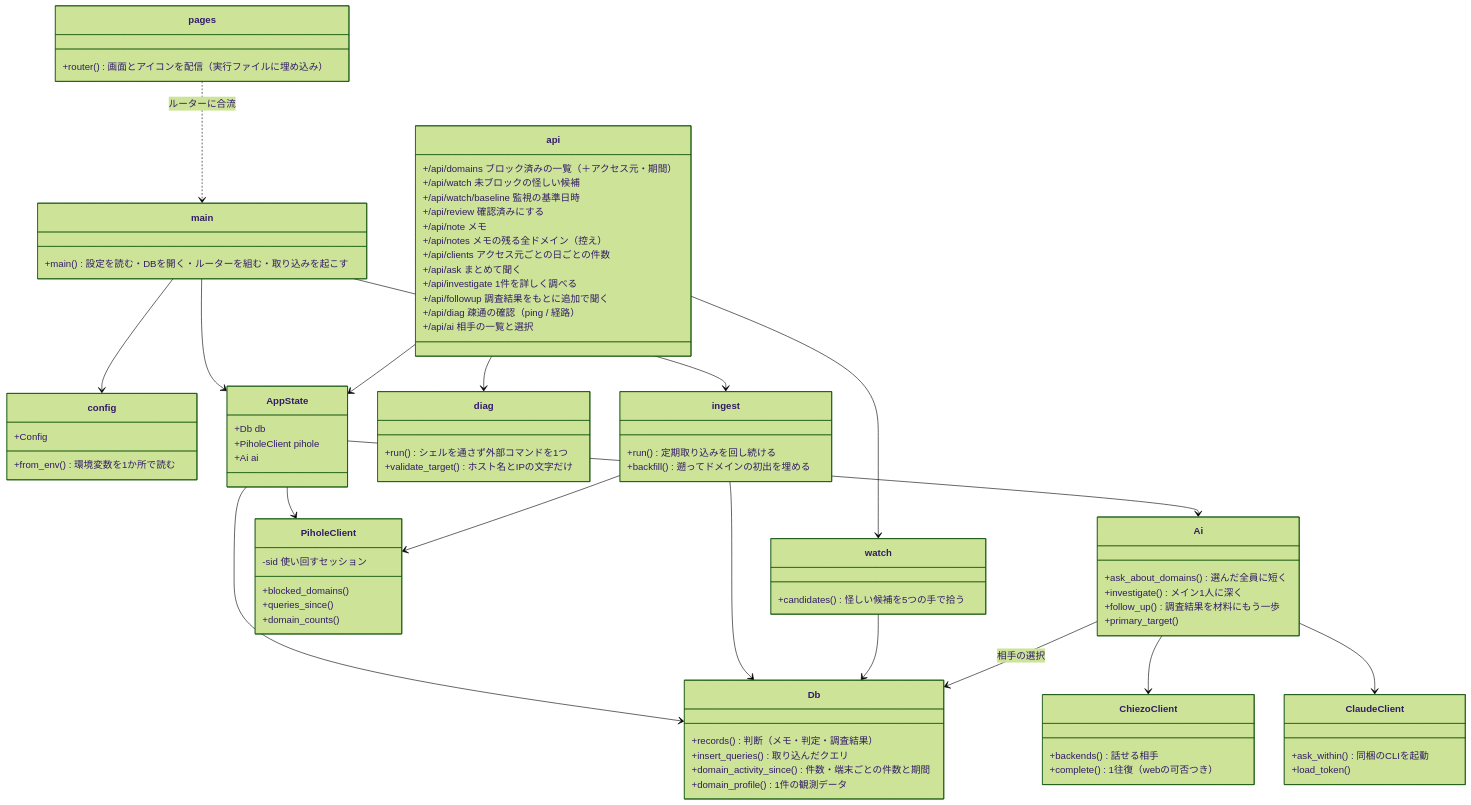
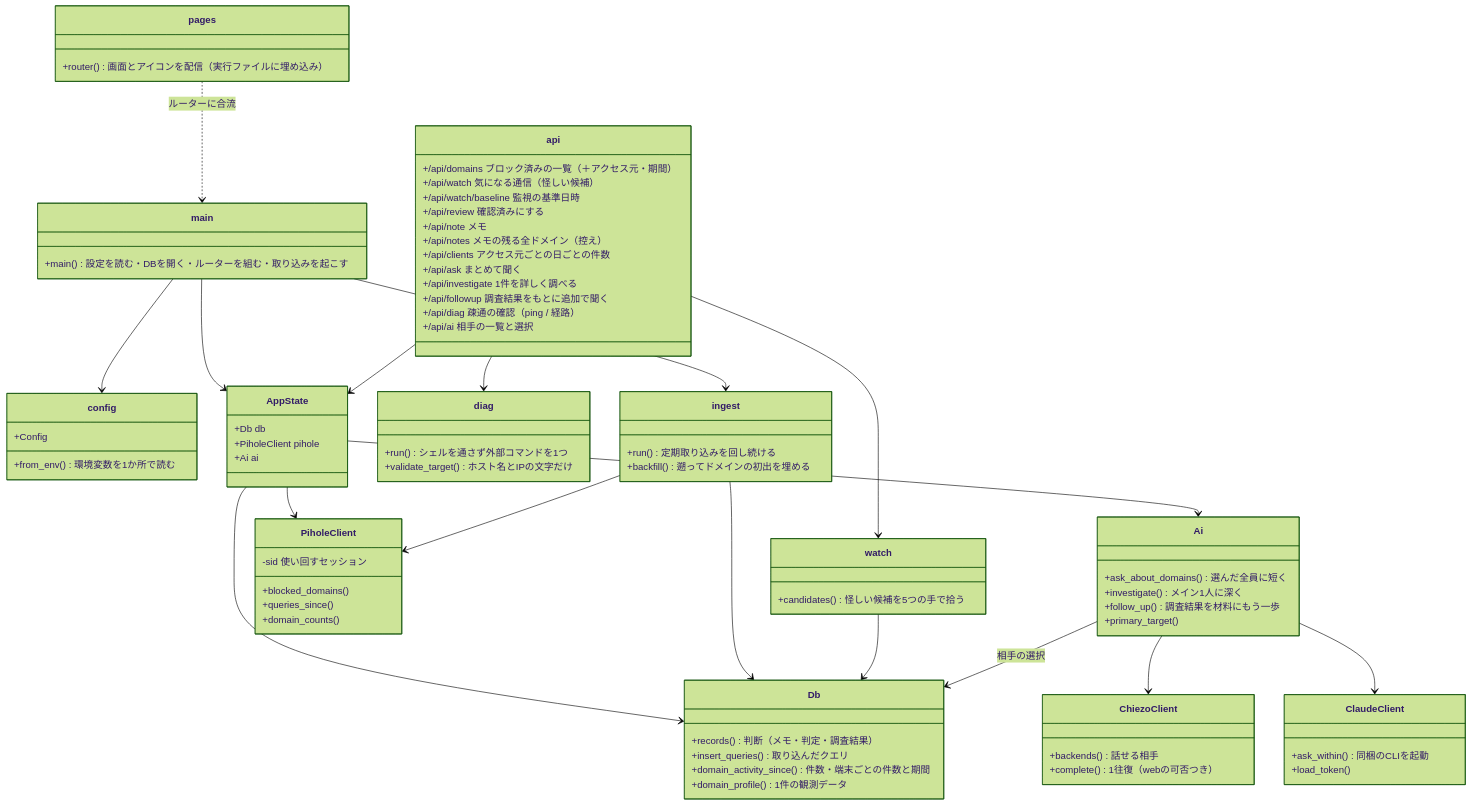
The first of 6 diagrams in docs/architecture.md (rtcode337/pihole-monitor), drawn with Mermaid (forest theme) before and after one commit. The commit also changed other lines of this file and 5 other files, not shown here.

```diff
--- a/docs/architecture.md
+++ b/docs/architecture.md
@@ -24,7 +24,7 @@
     }
     class api {
         +/api/domains ブロック済みの一覧（＋アクセス元・期間）
-        +/api/watch 未ブロックの怪しい候補
+        +/api/watch 気になる通信（怪しい候補）
         +/api/watch/baseline 監視の基準日時
         +/api/review 確認済みにする
         +/api/note メモ
```
